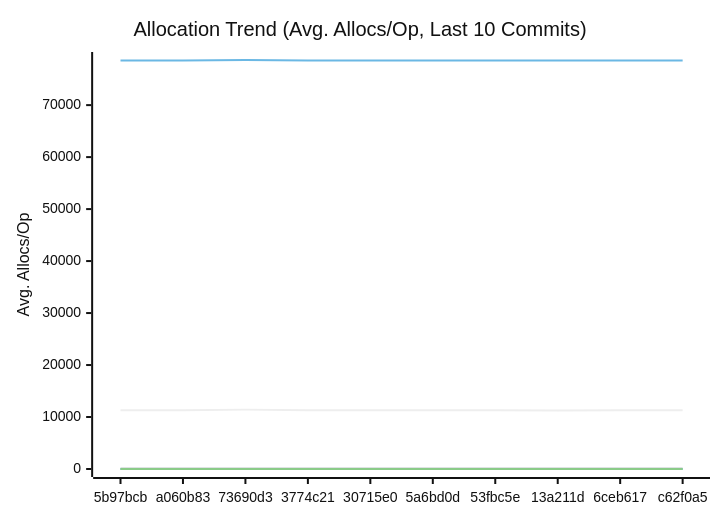
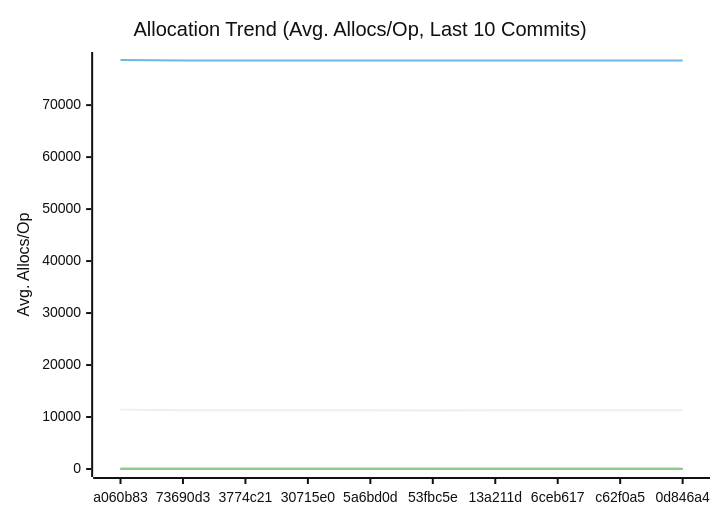
Before and after one commit to alsotoes/momo: the third of 3 diagrams in docs/PERFORMANCE.md, drawn with Mermaid (neutral theme). The commit also changed other lines of this file and 3 other files, not shown here.

````diff
--- a/docs/PERFORMANCE.md
+++ b/docs/PERFORMANCE.md
@@ -197,20 +197,20 @@
 ```mermaid
 xychart-beta
     title "Allocation Trend (Avg. Allocs/Op, Last 10 Commits)"
     x-axis "Commit"
     y-axis "Avg. Allocs/Op"
-    x-axis [5b97bcb,a060b83,73690d3,3774c21,30715e0,5a6bd0d,53fbc5e,13a211d,6ceb617,c62f0a5]
-    line "AWSChunkedReaderSigned" [11291,11291,11422,11290,11296,11293,11281,11276,11278,11291]
-    line "AWSChunkedReaderUnsigned" [78580,78580,78679,78587,78563,78569,78577,78568,78570,78564]
+    x-axis [a060b83,73690d3,3774c21,30715e0,5a6bd0d,53fbc5e,13a211d,6ceb617,c62f0a5,0d846a4]
+    line "AWSChunkedReaderSigned" [11422,11290,11296,11293,11281,11276,11278,11291,11281,11297]
+    line "AWSChunkedReaderUnsigned" [78679,78587,78563,78569,78577,78568,78570,78564,78574,78571]
     line "CheckMetricsAndSwap" [0,0,0,0,0,0,0,0,0,0]
     line "CrushOptimized" [0,0,0,0,0,0,0,0,0,0]
     line "CrushOriginal" [3,3,3,3,3,3,3,3,3,3]
     line "IndexDirectTracking" [0,0,0,0,0,0,0,0,0,0]
     line "IndexSearch" [0,0,0,0,0,0,0,0,0,0]
-    line "LoadGlobalConfig" [46,46,46,50,54,54,54,54,54,54]
+    line "LoadGlobalConfig" [46,50,54,54,54,54,54,54,54,54]
     line "PadString" [1,1,1,1,1,1,1,1,1,1]
     line "ParseReplicationOrder_NoPrealloc" [6,6,6,6,6,5,5,5,5,5]
     line "ParseReplicationOrder_Prealloc" [2,2,2,2,2,1,1,1,1,1]
     line "SanitizeLog/Safe" [0,0,0,0,0,0,0,0,0,0]
     line "SanitizeLog/Unsafe" [1,1,1,1,1,1,1,1,1,1]
 ```
````
